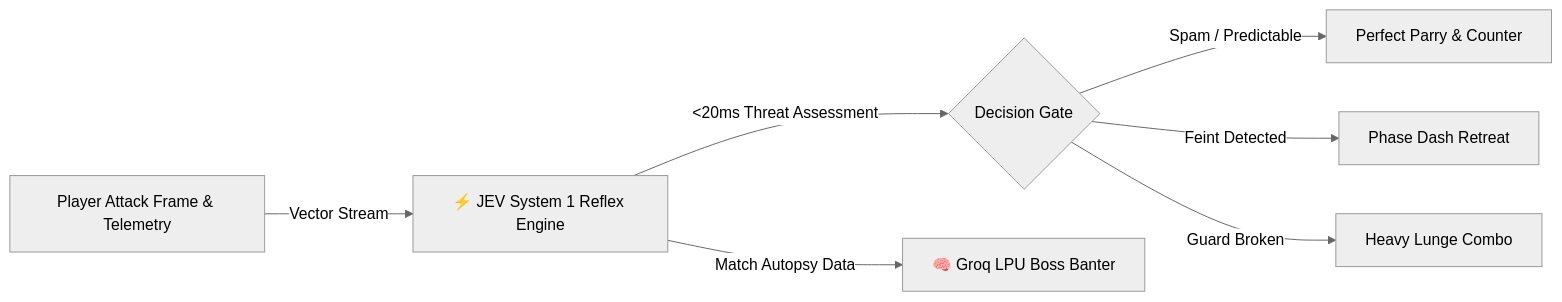
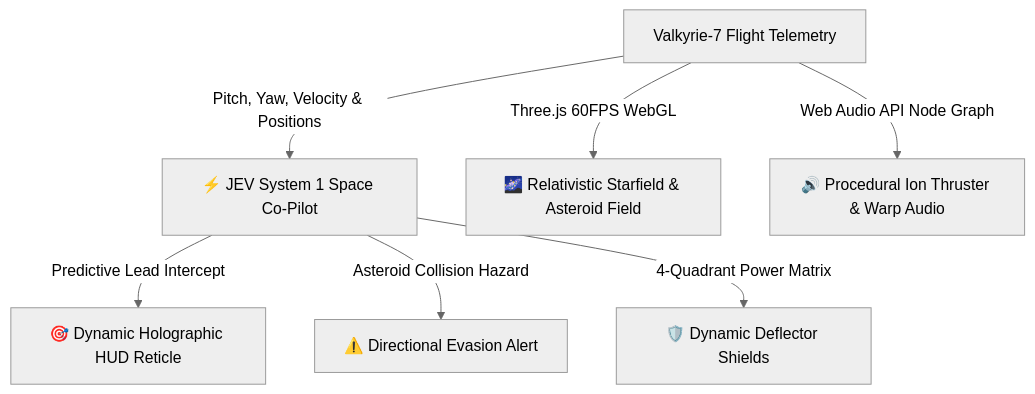
One commit to nikhil49023/omniforge changed the diagram in README.md. Above: the diagram before and after it, drawn with Mermaid (neutral theme). The commit also changed other lines of this file and 9 other files, not shown here.

Commit message:
feat: 3D Outer Space Sci-Fi Fantasy Game - Aether-Void JEV Chrono-Interceptor

````diff
--- a/README.md
+++ b/README.md
@@ -43,9 +42,9 @@
 ```mermaid
-flowchart LR
-    A[Player Attack Frame & Telemetry] -->|Vector Stream| B[⚡ JEV System 1 Reflex Engine]
-    B -->|<20ms Threat Assessment| C{Decision Gate}
-    C -->|Spam / Predictable| D[Perfect Parry & Counter]
-    C -->|Feint Detected| E[Phase Dash Retreat]
-    C -->|Guard Broken| F[Heavy Lunge Combo]
-    B -->|Match Autopsy Data| G[🧠 Groq LPU Boss Banter]
+flowchart TD
+    A[Valkyrie-7 Flight Telemetry] -->|Pitch, Yaw, Velocity & Positions| B[⚡ JEV System 1 Space Co-Pilot]
+    B -->|Predictive Lead Intercept| C[🎯 Dynamic Holographic HUD Reticle]
+    B -->|Asteroid Collision Hazard| D[⚠️ Directional Evasion Alert]
+    B -->|4-Quadrant Power Matrix| E[🛡️ Dynamic Deflector Shields]
+    A -->|Three.js 60FPS WebGL| F[🌌 Relativistic Starfield & Asteroid Field]
+    A -->|Web Audio API Node Graph| G[🔊 Procedural Ion Thruster & Warp Audio]
 ```
````
